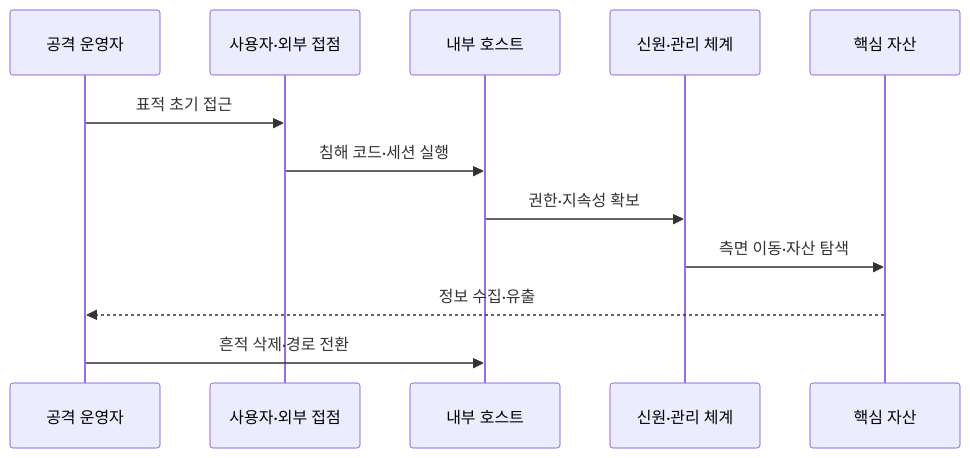
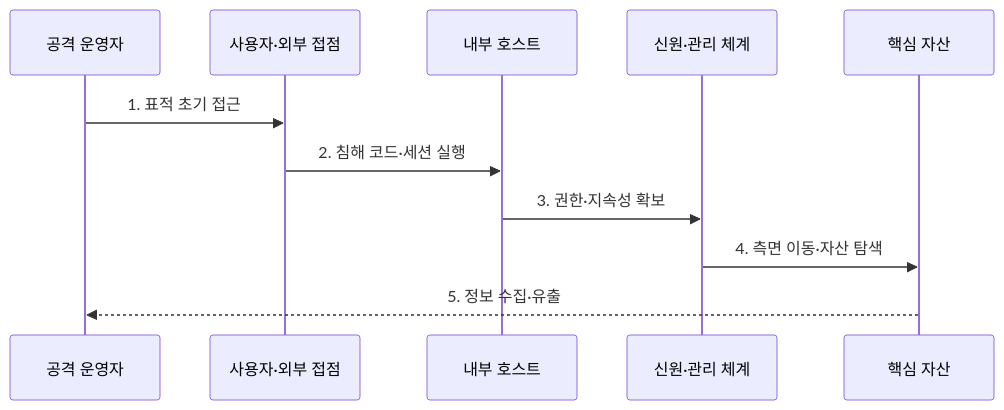
One commit to agnusdei1207/knowledge-base changed the second of 2 diagrams in src/content/docs/notes/05-security/027_advanced_persistent_threat.md. Above: the diagram before and after it, drawn with Mermaid. The commit also changed other lines of this file and 11 other files, not shown here.

````diff
--- a/src/content/docs/notes/05-security/027_advanced_persistent_threat.md
+++ b/src/content/docs/notes/05-security/027_advanced_persistent_threat.md
@@ -87,14 +86,13 @@
 ```mermaid
 sequenceDiagram
     participant A as 공격 운영자
     participant E as 사용자·외부 접점
     participant H as 내부 호스트
     participant I as 신원·관리 체계
     participant C as 핵심 자산
-    A->>E: 표적 초기 접근
-    E->>H: 침해 코드·세션 실행
-    H->>I: 권한·지속성 확보
-    I->>C: 측면 이동·자산 탐색
-    C-->>A: 정보 수집·유출
-    A->>H: 흔적 삭제·경로 전환
+    A->>E: 1. 표적 초기 접근
+    E->>H: 2. 침해 코드·세션 실행
+    H->>I: 3. 권한·지속성 확보
+    I->>C: 4. 측면 이동·자산 탐색
+    C-->>A: 5. 정보 수집·유출
 ```
````
